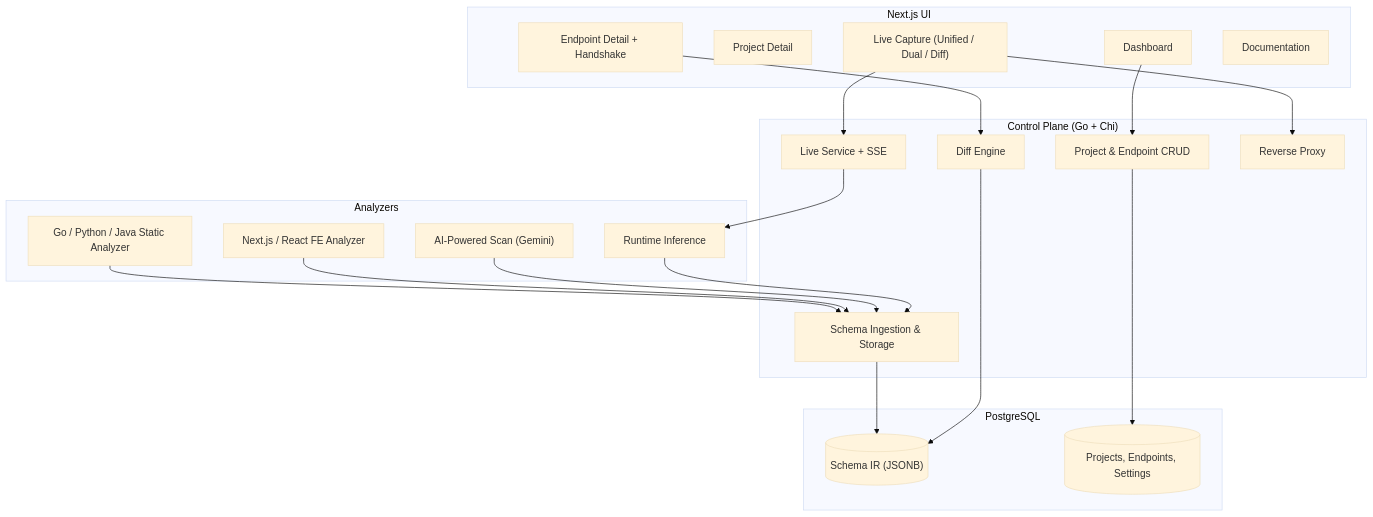
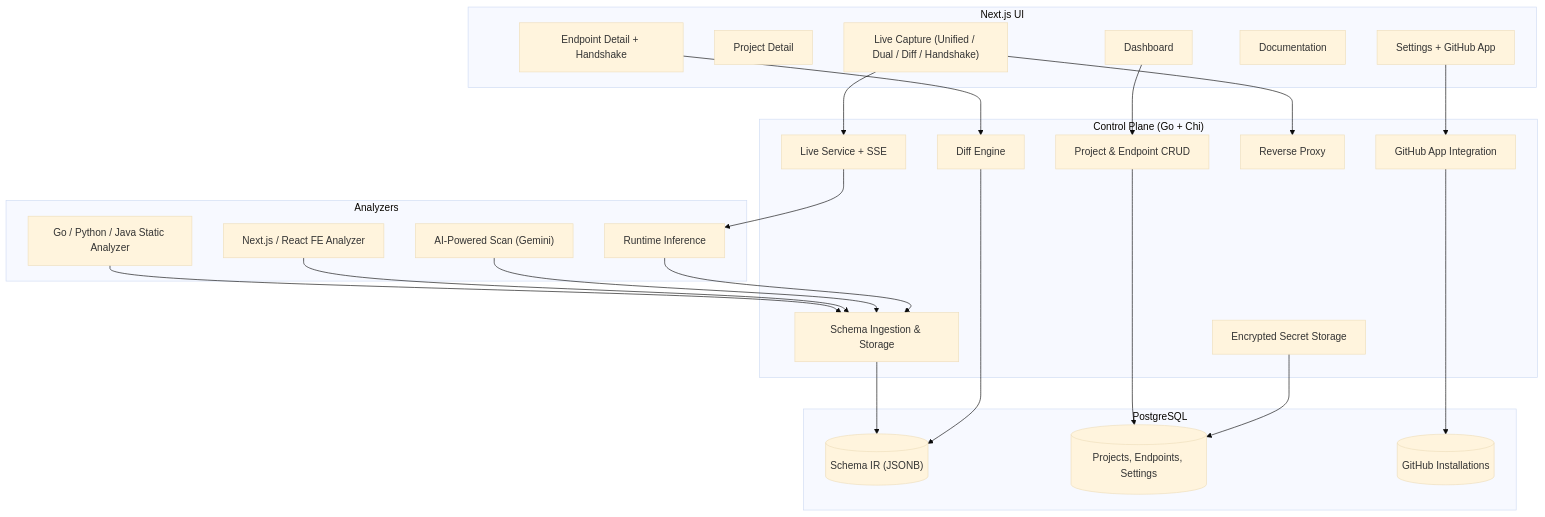
The first of 9 diagrams in README.md (Tanush1912/cohesion-app), drawn with Mermaid (base theme) before and after one commit. The commit also changed other lines of this file, not shown here.

First line of the commit message:
Update README with GitHub App integration, Live Handshake, and current features

````diff
--- a/README.md
+++ b/README.md
@@ -71,45 +77,52 @@
 ```mermaid
 flowchart TD
     subgraph UI["Next.js UI"]
         Dash["Dashboard"]
         Project["Project Detail"]
         Endpoint["Endpoint Detail + Handshake"]
-        Live["Live Capture (Unified / Dual / Diff)"]
+        Live["Live Capture (Unified / Dual / Diff / Handshake)"]
         Docs["Documentation"]
+        Settings["Settings + GitHub App"]
     end
 
     subgraph CP["Control Plane (Go + Chi)"]
         Projects["Project & Endpoint CRUD"]
         SchemaStore["Schema Ingestion & Storage"]
         DiffEngine["Diff Engine"]
         LiveService["Live Service + SSE"]
         Proxy["Reverse Proxy"]
+        GitHubApp["GitHub App Integration"]
+        Crypto["Encrypted Secret Storage"]
     end
 
     subgraph Analyzers["Analyzers"]
         BE["Go / Python / Java Static Analyzer"]
         FE["Next.js / React FE Analyzer"]
         AI["AI-Powered Scan (Gemini)"]
         RT["Runtime Inference"]
     end
 
     subgraph Storage["PostgreSQL"]
         SchemaIR[("Schema IR (JSONB)")]
         UserData[("Projects, Endpoints, Settings")]
+        Installations[("GitHub Installations")]
     end
 
     Dash --> Projects
     Endpoint --> DiffEngine
     Live --> LiveService
     Live --> Proxy
+    Settings --> GitHubApp
 
     BE --> SchemaStore
     FE --> SchemaStore
     AI --> SchemaStore
     RT --> SchemaStore
 
     SchemaStore --> SchemaIR
     Projects --> UserData
     DiffEngine --> SchemaIR
     LiveService --> RT
+    GitHubApp --> Installations
+    Crypto --> UserData
 ```
````
